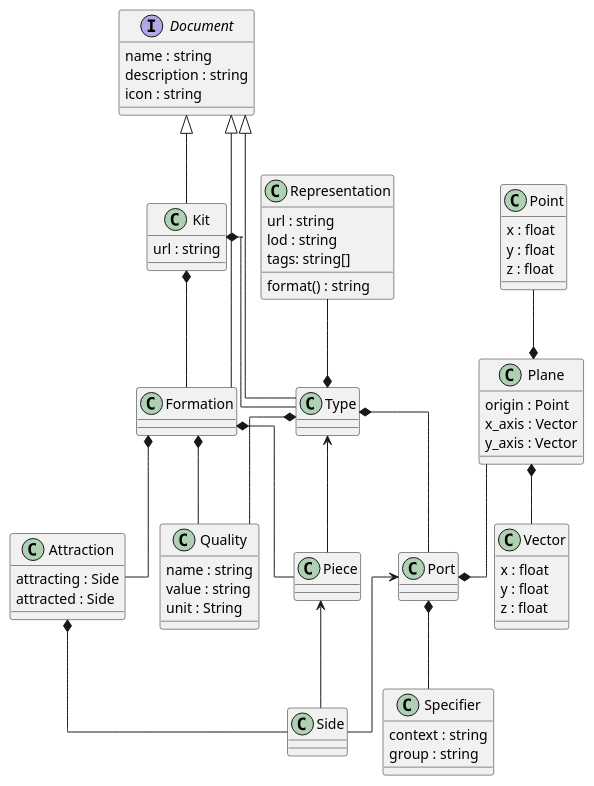
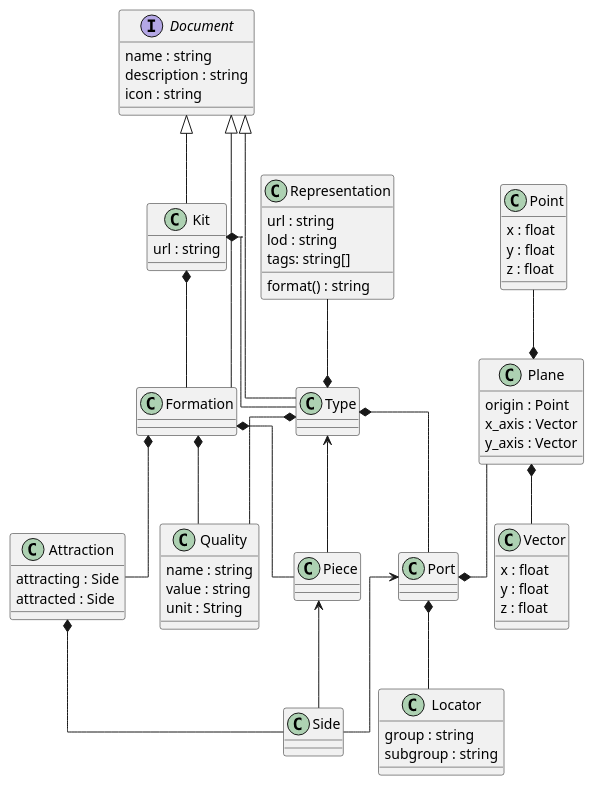
The diagram in docs/softwarequality/softwarearchitecture/softwarearchitecture.pu (usalu/semio), drawn with PlantUML before and after one commit. The commit also changed 60 other files, not shown here.

First line of the commit message:
🔁Port identification mechanism🔄Specifier to Locators.⬆️.NET Docs

```diff
--- a/docs/softwarequality/softwarearchitecture/softwarearchitecture.pu
+++ b/docs/softwarequality/softwarearchitecture/softwarearchitecture.pu
@@ -1,93 +1,93 @@
 @startuml "data architecture"
 skinparam linetype ortho
 
 interface Document {
     name : string
     description : string
     icon : string
 }
 
 class Kit {
     url : string
 }
 
 class Type {
 }
 
 class Representation{
     url : string
     lod : string
     tags: string[]
     format() : string
 }
 
 class Point {
     x : float
     y : float
     z : float
 }
 
 class Vector {
     x : float
     y : float
     z : float
 }
 
 class Plane {
     origin : Point
     x_axis : Vector
     y_axis : Vector
 }
 
 class Port {
 }
 
 class Quality {
     name : string
     value : string
     unit : String
 }
 
-class Specifier {
-    context : string
+class Locator {
     group : string
+    subgroup : string
 }
 
 class Piece{
 }
 
 class Attraction {
     attracting : Side
     attracted : Side
 }
 
 class Side {
 }
 
 class Formation {
 }
 
 
 Kit *-- Type
 Kit *-- Formation
 Representation --* Type
 Type *-- Port
 Type *-- Quality
 Formation *-- Piece
 Formation *-- Attraction
 Formation *-- Quality
 Attraction *-- Side
-Port *--  Specifier
+Port *--  Locator
 Plane --* Port
 Point --*  Plane
 Plane *-- Vector
 Type <-- Piece
 Piece <-- Side
 Port <-- Side
 
 Document <|-- Kit
 Document <|-- Type
 Document <|-- Formation
 
 
 @enduml
```
